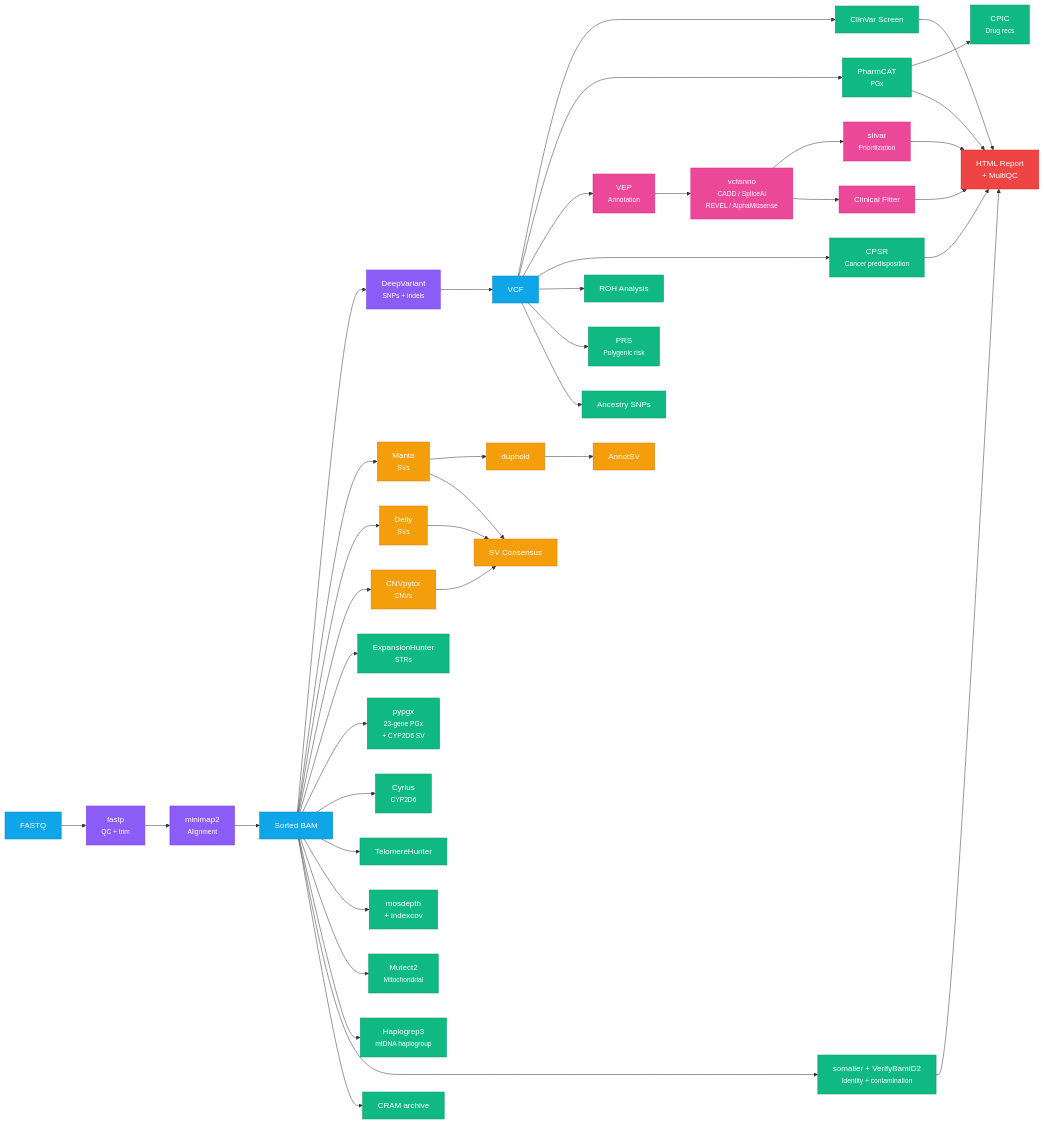
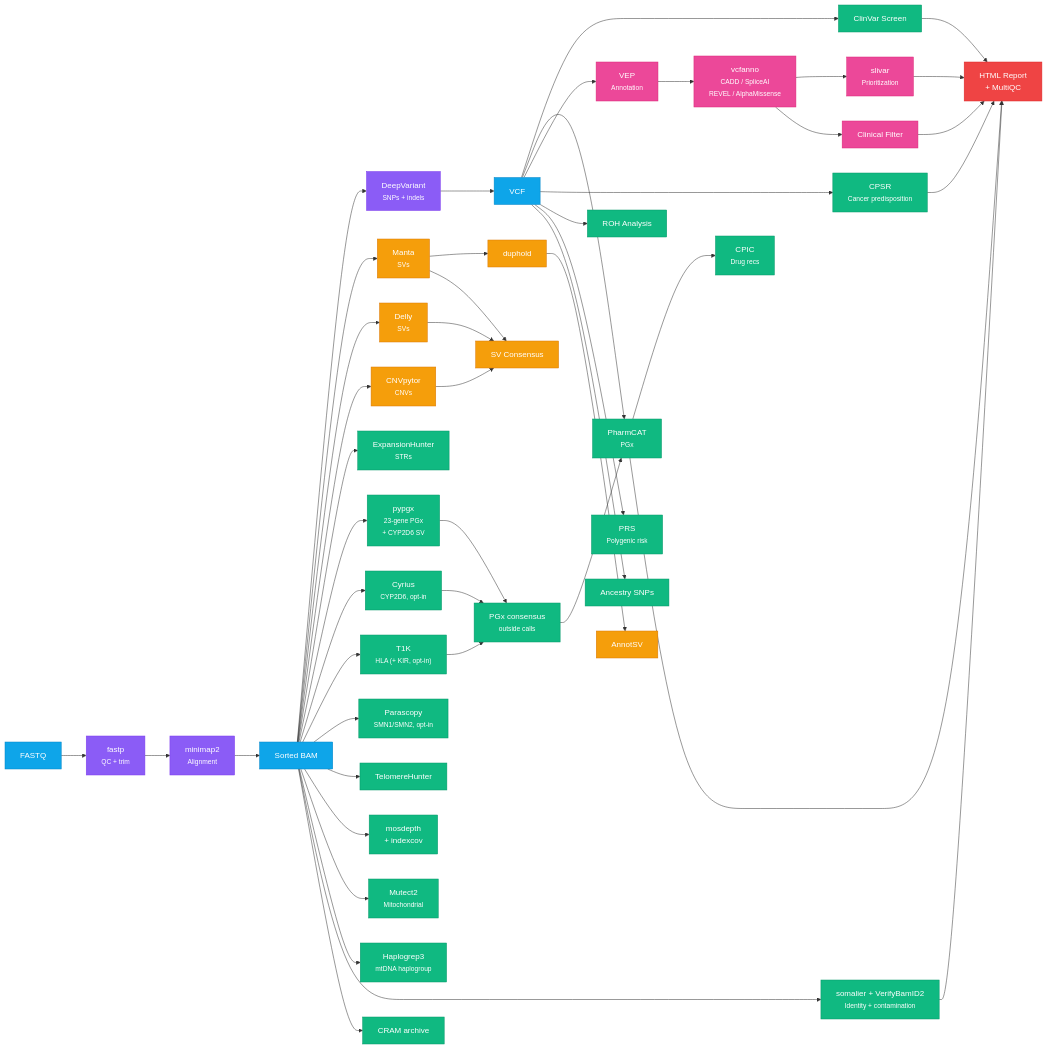
The diagram in docs/pipeline-overview.md (GeiserX/Personal-Genome-Pipeline), drawn with Mermaid before and after one commit. The commit also changed other lines of this file and 88 other files, not shown here.

First line of the commit message:
feat(pgx): give drug guidance for HLA and CYP2D6 only when two callers agree on the call (#90)

````diff
--- a/docs/pipeline-overview.md
+++ b/docs/pipeline-overview.md
@@ -23,64 +23,70 @@
 ```mermaid
 graph LR
     FASTQ["FASTQ"] --> fastp["fastp<br/><small>QC + trim</small>"]
     fastp --> align["minimap2<br/><small>Alignment</small>"]
     align --> BAM["Sorted BAM"]
     BAM --> DV["DeepVariant<br/><small>SNPs + indels</small>"]
     DV --> VCF["VCF"]
 
     %% VCF-based analyses
     VCF --> clinvar["ClinVar Screen"]
     VCF --> pharmcat["PharmCAT<br/><small>PGx</small>"]
     pharmcat --> cpic["CPIC<br/><small>Drug recs</small>"]
     VCF --> vep["VEP<br/><small>Annotation</small>"]
     vep --> vcfanno["vcfanno<br/><small>CADD / SpliceAI<br/>REVEL / AlphaMissense</small>"]
     vcfanno --> slivar["slivar<br/><small>Prioritization</small>"]
     vcfanno --> clinical["Clinical Filter"]
     VCF --> cpsr["CPSR<br/><small>Cancer predisposition</small>"]
     VCF --> roh["ROH Analysis"]
     VCF --> prs["PRS<br/><small>Polygenic risk</small>"]
     VCF --> ancestry["Ancestry SNPs"]
 
     %% BAM-based analyses
     BAM --> manta["Manta<br/><small>SVs</small>"]
     BAM --> delly["Delly<br/><small>SVs</small>"]
     BAM --> cnvpytor["CNVpytor<br/><small>CNVs</small>"]
     manta --> duphold["duphold"]
     duphold --> annotsv["AnnotSV"]
     manta --> consensus["SV Consensus"]
     delly --> consensus
     cnvpytor --> consensus
 
     BAM --> eh["ExpansionHunter<br/><small>STRs</small>"]
     BAM --> pypgx["pypgx<br/><small>23-gene PGx<br/>+ CYP2D6 SV</small>"]
-    BAM --> cyrius["Cyrius<br/><small>CYP2D6</small>"]
+    BAM --> cyrius["Cyrius<br/><small>CYP2D6, opt-in</small>"]
+    BAM --> hla["T1K<br/><small>HLA (+ KIR, opt-in)</small>"]
+    BAM --> paralogs["Parascopy<br/><small>SMN1/SMN2, opt-in</small>"]
+    hla --> consensus36["PGx consensus<br/><small>outside calls</small>"]
+    pypgx --> consensus36
+    cyrius --> consensus36
+    consensus36 --> pharmcat
     BAM --> telomere["TelomereHunter"]
     BAM --> coverage["mosdepth<br/>+ indexcov"]
     BAM --> mito["Mutect2<br/><small>Mitochondrial</small>"]
     BAM --> haplo["Haplogrep3<br/><small>mtDNA haplogroup</small>"]
     BAM --> sampleqc["somalier + VerifyBamID2<br/><small>Identity + contamination</small>"]
     BAM --> cram["CRAM archive"]
 
     %% Reporting
     clinical --> report["HTML Report<br/>+ MultiQC"]
     slivar --> report
     clinvar --> report
     pharmcat --> report
     cpsr --> report
     sampleqc --> report
 
     %% Styling
     classDef input fill:#0ea5e9,stroke:#0284c7,color:#fff
     classDef core fill:#8b5cf6,stroke:#7c3aed,color:#fff
     classDef analysis fill:#10b981,stroke:#059669,color:#fff
     classDef sv fill:#f59e0b,stroke:#d97706,color:#fff
     classDef annotation fill:#ec4899,stroke:#db2777,color:#fff
     classDef report fill:#ef4444,stroke:#dc2626,color:#fff
 
     class FASTQ,BAM,VCF input
     class fastp,align,DV core
-    class clinvar,pharmcat,cpic,cpsr,eh,roh,prs,ancestry,pypgx,cyrius,telomere,coverage,mito,haplo,sampleqc,cram analysis
+    class clinvar,pharmcat,cpic,cpsr,eh,roh,prs,ancestry,pypgx,cyrius,hla,paralogs,consensus36,telomere,coverage,mito,haplo,sampleqc,cram analysis
     class manta,delly,cnvpytor,consensus,duphold,annotsv sv
     class vep,vcfanno,slivar,clinical annotation
     class report report
 ```
````
